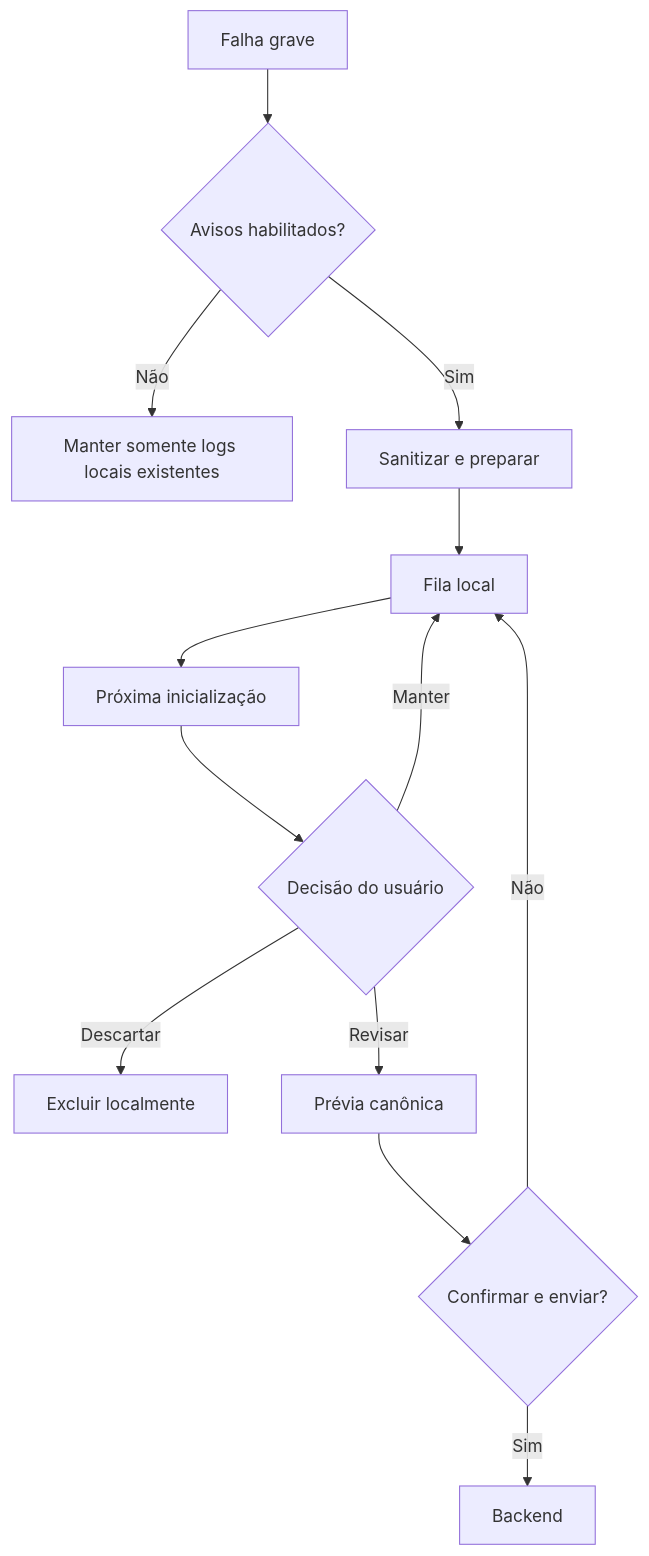
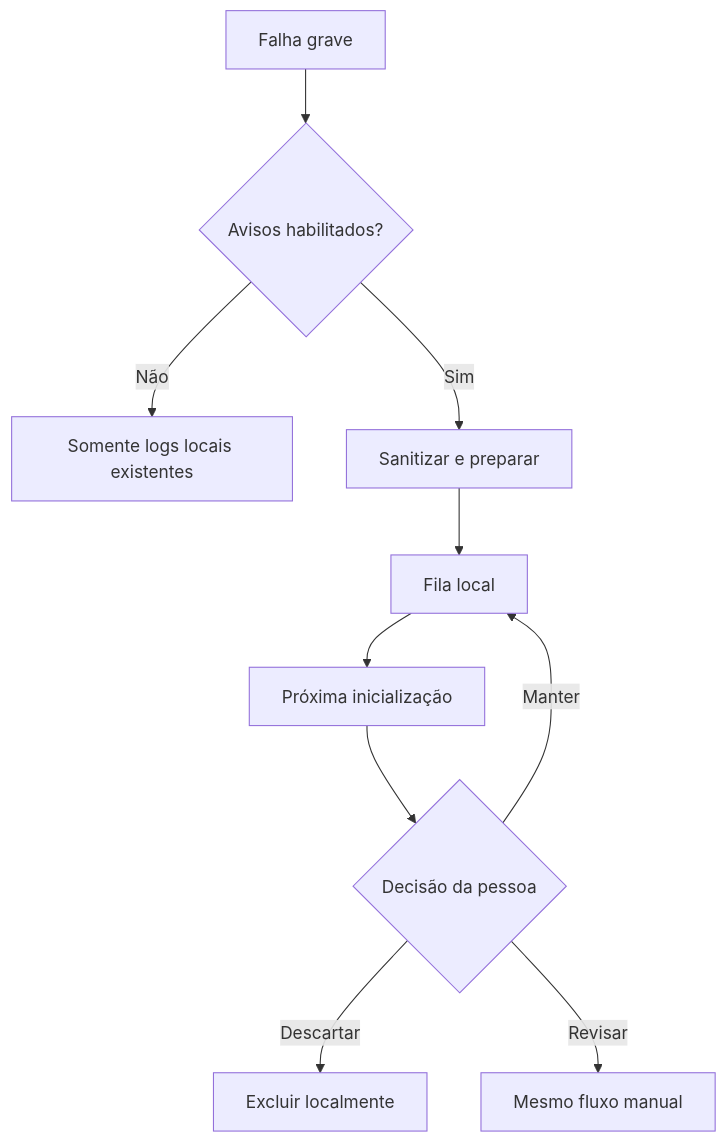
One commit to rafatosta/zapzap changed the second of 2 diagrams in docs/reporting.md. Above: the diagram before and after it, drawn with Mermaid. The commit also changed other lines of this file and 46 other files, not shown here.

````diff
--- a/docs/reporting.md
+++ b/docs/reporting.md
@@ -46,15 +55,12 @@
 ```mermaid
 flowchart TD
     A[Falha grave] --> B{Avisos habilitados?}
-    B -->|Não| C[Manter somente logs locais existentes]
+    B -->|Não| C[Somente logs locais existentes]
     B -->|Sim| D[Sanitizar e preparar]
     D --> E[Fila local]
     E --> F[Próxima inicialização]
-    F --> G{Decisão do usuário}
+    F --> G{Decisão da pessoa}
     G -->|Manter| E
     G -->|Descartar| H[Excluir localmente]
-    G -->|Revisar| I[Prévia canônica]
-    I --> J{Confirmar e enviar?}
-    J -->|Não| E
-    J -->|Sim| K[Backend]
+    G -->|Revisar| I[Mesmo fluxo manual]
 ```
````
